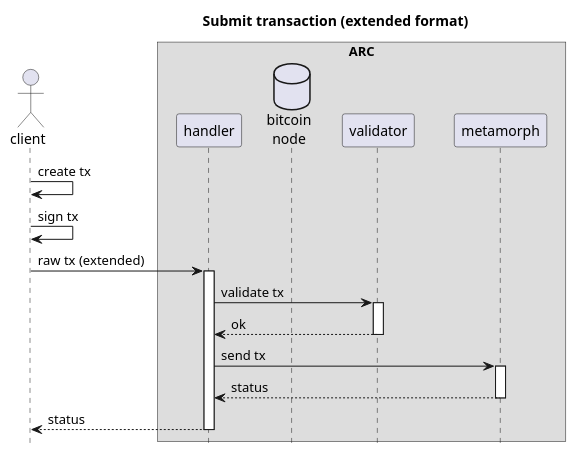
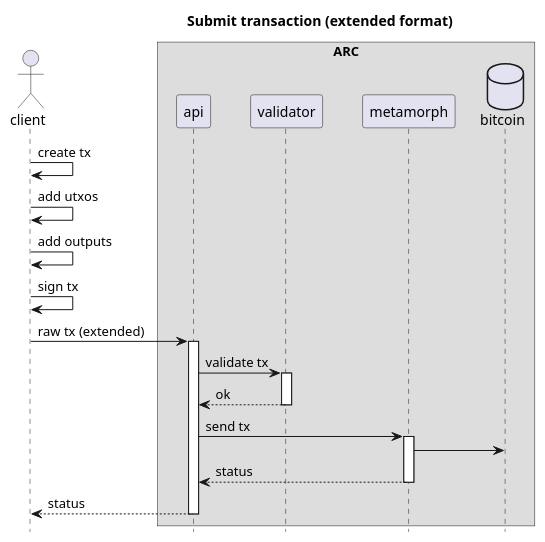
Before and after one commit to bitcoin-sv/arc: the second of 4 diagrams in doc/README.md, drawn with PlantUML. The commit also changed other lines of this file, not shown here.

Commit message:
Latest diagrams

````diff
--- a/doc/README.md
+++ b/doc/README.md
@@ -57,32 +60,35 @@
 ```plantuml
 @startuml
 hide footbox
 skinparam ParticipantPadding 15
 skinparam BoxPadding 100
 
 actor "client" as tx
 
 
 box ARC
-participant handler
-database "bitcoin\nnode" as bsv
+participant api
 participant validator
 participant metamorph
+database "bitcoin" as bsv
 end box
 
 title Submit transaction (extended format)
 
 tx -> tx: create tx
+tx -> tx: add utxos
+tx -> tx: add outputs
 tx -> tx: sign tx
 
-tx -> handler ++: raw tx (extended)
-  handler -> validator ++: validate tx
+tx -> api ++: raw tx (extended)
+  api -> validator ++: validate tx
   return ok
 
-  handler -> metamorph ++: send tx
+  api -> metamorph ++: send tx
+    metamorph -> bsv
   return status
 
 return status
 
 @enduml
 ```
````
